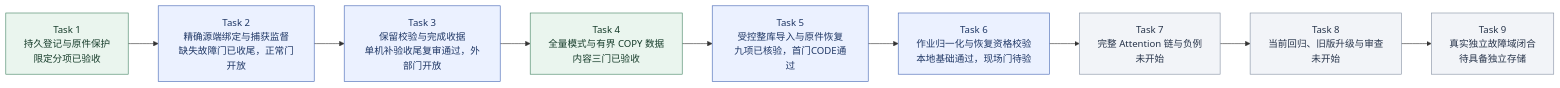
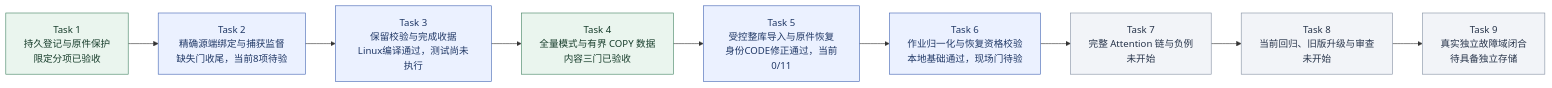
One commit to MansurnamedZhang/learning-system-p0c4 changed the second of 9 diagrams in docs/KnowWeave实施路线与系统架构.md. Above: the diagram before and after it, drawn with Mermaid. The commit also changed other lines of this file and 6 other files, not shown here.

````diff
--- a/docs/KnowWeave实施路线与系统架构.md
+++ b/docs/KnowWeave实施路线与系统架构.md
@@ -72,26 +72,26 @@
 ```mermaid
 flowchart LR
     C4T1["Task 1<br/>持久登记与原件保护<br/>限定分项已验收"]
-    C4T2["Task 2<br/>精确源端绑定与捕获监督<br/>缺失故障门已收尾，正常门开放"]
-    C4T3["Task 3<br/>保留校验与完成收据<br/>单机补验收尾复审通过，外部门开放"]
+    C4T2["Task 2<br/>精确源端绑定与捕获监督<br/>缺失门收尾，当前8项待验"]
+    C4T3["Task 3<br/>保留校验与完成收据<br/>Linux编译通过，测试尚未执行"]
     C4T4["Task 4<br/>全量模式与有界 COPY 数据<br/>内容三门已验收"]
-    C4T5["Task 5<br/>受控整库导入与原件恢复<br/>九项已核验，首门CODE通过"]
+    C4T5["Task 5<br/>受控整库导入与原件恢复<br/>身份CODE修正通过，当前0/11"]
     C4T6["Task 6<br/>作业归一化与恢复资格校验<br/>本地基础通过，现场门待验"]
     C4T7["Task 7<br/>完整 Attention 链与负例<br/>未开始"]
     C4T8["Task 8<br/>当前回归、旧版升级与审查<br/>未开始"]
     C4T9["Task 9<br/>真实独立故障域闭合<br/>待具备独立存储"]
     C4T1 --> C4T2
     C4T2 --> C4T3
     C4T3 --> C4T4
     C4T4 --> C4T5
     C4T5 --> C4T6
     C4T6 --> C4T7
     C4T7 --> C4T8
     C4T8 --> C4T9
     class C4T1,C4T4 done
     class C4T2,C4T3,C4T5,C4T6 next
     class C4T7,C4T8,C4T9 planned
     classDef done fill:#eaf5ee,stroke:#438363,color:#173d2b
     classDef next fill:#ebf1ff,stroke:#4365b4,color:#203866
     classDef planned fill:#f2f4f8,stroke:#8591a3,color:#28354b
 ```
````
